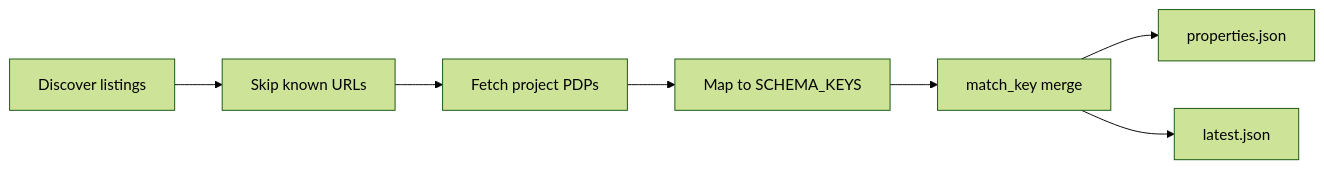
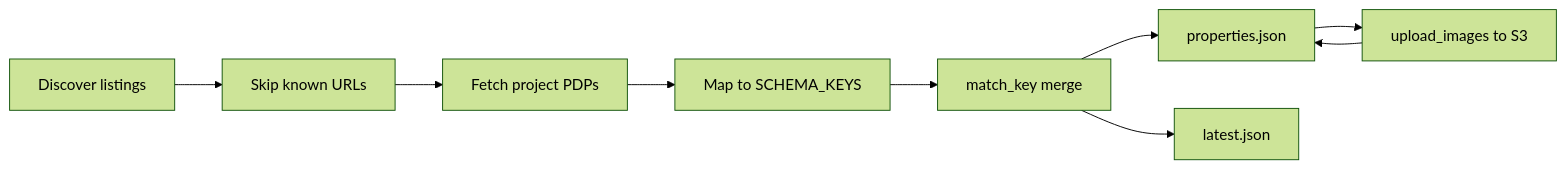
Before and after one commit to Strarist/ZirconDS: the diagram in README.md, drawn with Mermaid (forest theme). The commit also changed other lines of this file, not shown here.

````diff
--- a/README.md
+++ b/README.md
@@ -34,9 +58,11 @@
 ```mermaid
 flowchart LR
   discover[Discover listings] --> skip[Skip known URLs]
   skip --> fetch[Fetch project PDPs]
   fetch --> schema[Map to SCHEMA_KEYS]
   schema --> match[match_key merge]
   match --> archive[properties.json]
   match --> latest[latest.json]
+  archive --> s3upload[upload_images to S3]
+  s3upload --> archive
 ```
````
